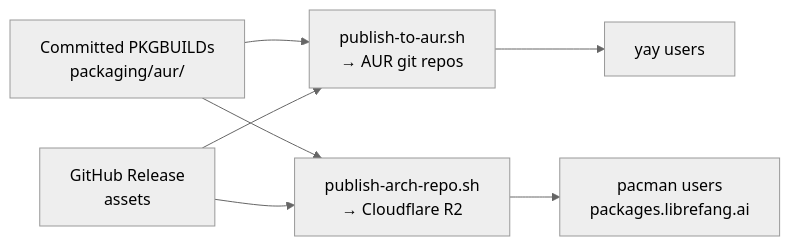
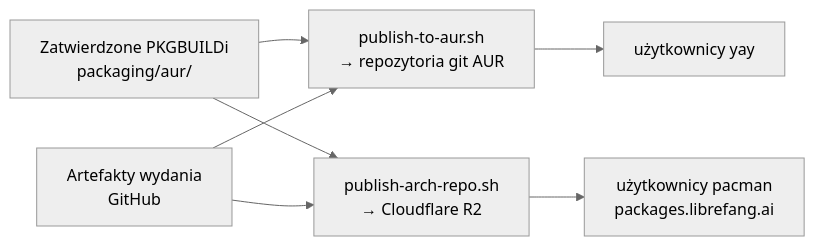
One commit to leszek3737/librefang-WIki changed the diagram in packaging.md. Above: the diagram before and after it, drawn with Mermaid (neutral theme). The commit also changed other lines of this file and 104 other files, not shown here.

````diff
--- a/packaging.md
+++ b/packaging.md
@@ -46,9 +46,9 @@
 ```mermaid
 flowchart LR
-    PKGBUILD["Committed PKGBUILDs<br/>packaging/aur/"] --> AUR["publish-to-aur.sh<br/>→ AUR git repos"]
+    PKGBUILD["Zatwierdzone PKGBUILDi<br/>packaging/aur/"] --> AUR["publish-to-aur.sh<br/>→ repozytoria git AUR"]
     PKGBUILD --> REPO["publish-arch-repo.sh<br/>→ Cloudflare R2"]
-    REL["GitHub Release<br/>assets"] --> AUR
+    REL["Artefakty wydania<br/>GitHub"] --> AUR
     REL --> REPO
-    AUR --> YAY["yay users"]
-    REPO --> PACMAN["pacman users<br/>packages.librefang.ai"]
+    AUR --> YAY["użytkownicy yay"]
+    REPO --> PACMAN["użytkownicy pacman<br/>packages.librefang.ai"]
 ```
````
